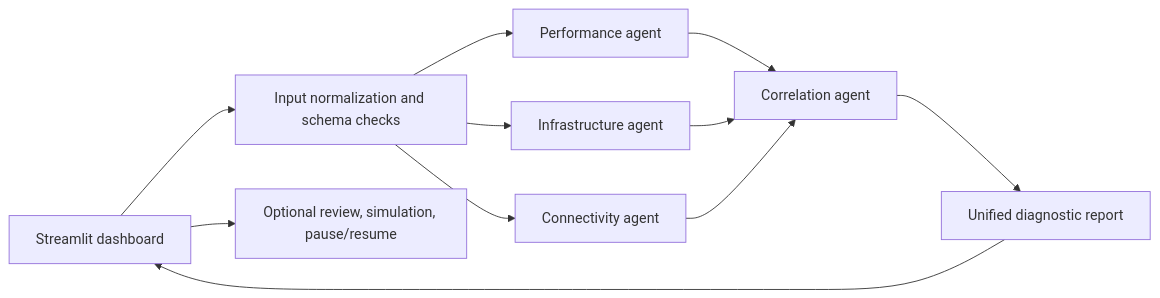
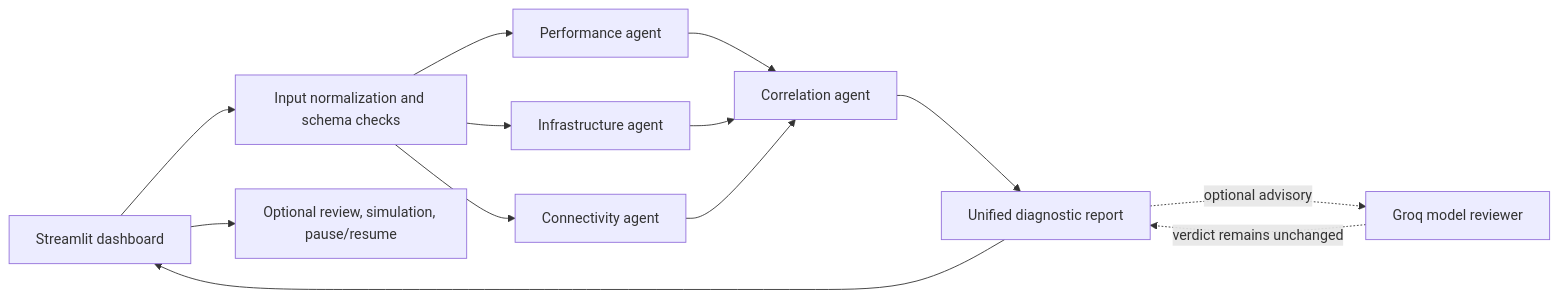
One commit to shivansh19200/NetCoopAI changed the diagram in README.md. Above: the diagram before and after it, drawn with Mermaid. The commit also changed other lines of this file and 11 other files, not shown here.

````diff
--- a/README.md
+++ b/README.md
@@ -41,13 +41,15 @@
 ```mermaid
 flowchart LR
     UI[Streamlit dashboard] --> N[Input normalization and schema checks]
     N --> P[Performance agent]
     N --> I[Infrastructure agent]
     N --> C[Connectivity agent]
     P --> R[Correlation agent]
     I --> R
     C --> R
     R --> O[Unified diagnostic report]
     O --> UI
+    O -. optional advisory .-> G[Groq model reviewer]
+    G -. verdict remains unchanged .-> O
     UI --> W[Optional review, simulation, pause/resume]
 ```
````
